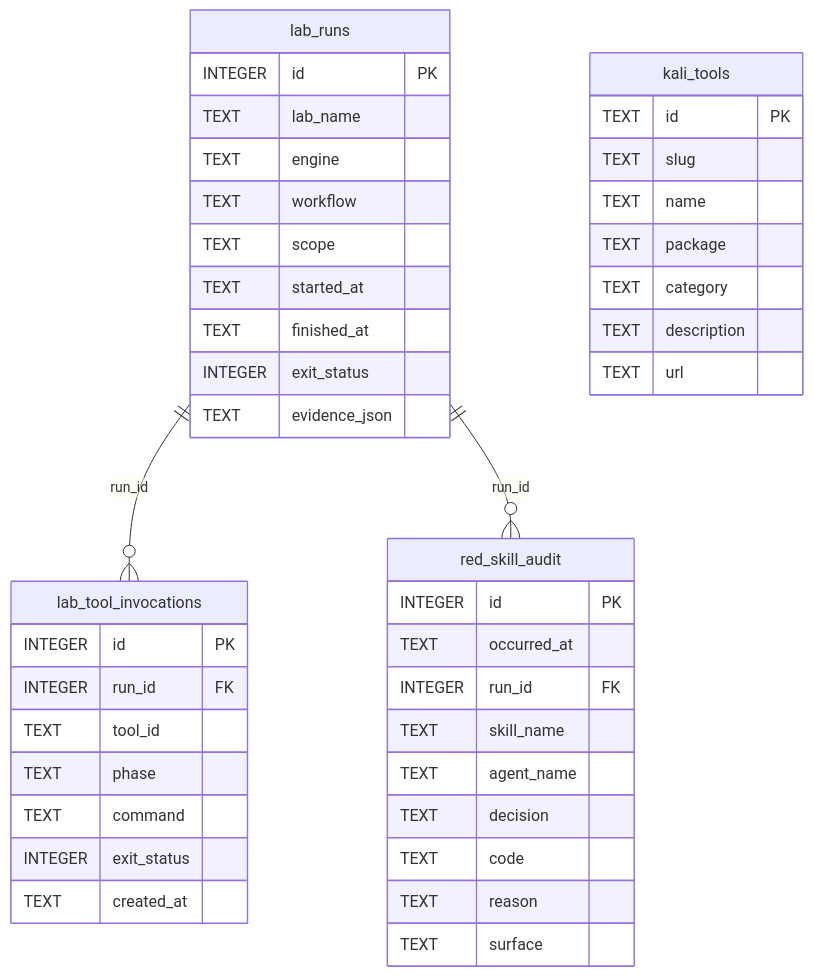
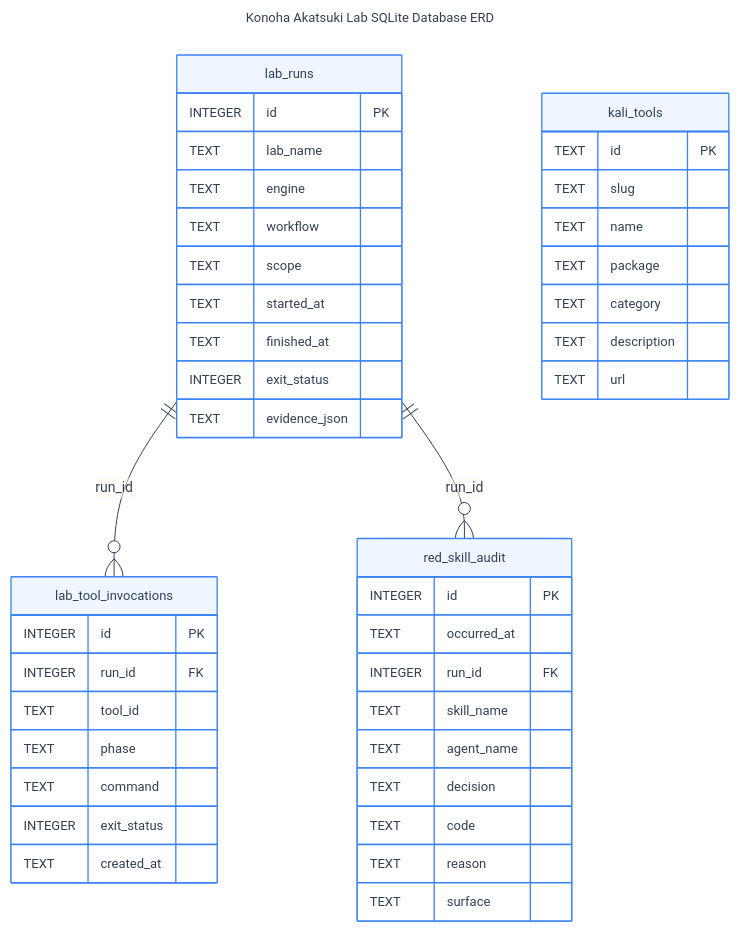
Before and after one commit to andycungkrinx91/konoha: the second of 2 diagrams in docs/DATABASE-ERD.md, drawn with Mermaid. The commit also changed other lines of this file and 136 other files, not shown here.

````diff
--- a/docs/DATABASE-ERD.md
+++ b/docs/DATABASE-ERD.md
@@ -308,49 +351,67 @@
 ```mermaid
+---
+title: Konoha Akatsuki Lab SQLite Database ERD
+config:
+  theme: base
+  themeVariables:
+    darkMode: false
+    background: '#ffffff'
+    mainBkg: '#eff6ff'
+    primaryColor: '#eff6ff'
+    primaryTextColor: '#334155'
+    primaryBorderColor: '#3b82f6'
+    lineColor: '#334155'
+    arrowheadColor: '#334155'
+    secondaryColor: '#f0fdf4'
+    tertiaryColor: '#fff7ed'
+    fontFamily: 'Inter, system-ui, -apple-system, sans-serif'
+    fontSize: '13px'
+---
 erDiagram
     lab_runs ||--o{ lab_tool_invocations : "run_id"
     lab_runs ||--o{ red_skill_audit : "run_id"
 
     lab_runs {
         INTEGER id PK
         TEXT lab_name
         TEXT engine
         TEXT workflow
         TEXT scope
         TEXT started_at
         TEXT finished_at
         INTEGER exit_status
         TEXT evidence_json
     }
 
     lab_tool_invocations {
         INTEGER id PK
         INTEGER run_id FK
         TEXT tool_id
         TEXT phase
         TEXT command
         INTEGER exit_status
         TEXT created_at
     }
 
     red_skill_audit {
         INTEGER id PK
         TEXT occurred_at
         INTEGER run_id FK
         TEXT skill_name
         TEXT agent_name
         TEXT decision
         TEXT code
         TEXT reason
         TEXT surface
     }
 
     kali_tools {
         TEXT id PK
         TEXT slug
         TEXT name
         TEXT package
         TEXT category
         TEXT description
         TEXT url
     }
 ```
````
